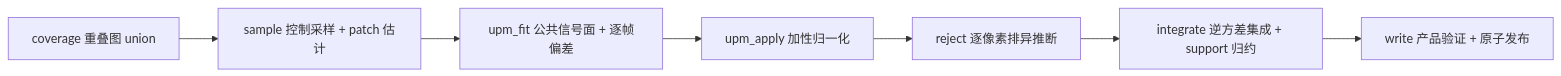
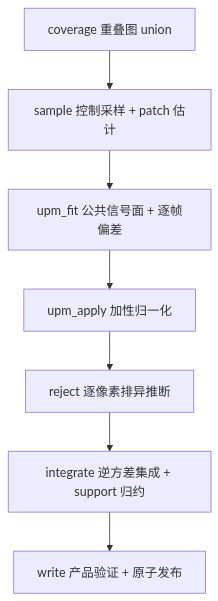
The third of 3 diagrams in docs/engineering/architecture/ARCHITECTURE.md (fujiaze/Astro-CS-Database), drawn with Mermaid before and after one commit. The commit also changed other lines of this file and 51 other files, not shown here.

First line of the commit message:
docs(normalize): finalize typed contracts, spherical precision and product schema

````diff
--- a/docs/engineering/architecture/ARCHITECTURE.md
+++ b/docs/engineering/architecture/ARCHITECTURE.md
@@ -87,9 +87,9 @@
 ```mermaid
-flowchart LR
+flowchart TD
  A["coverage 重叠图 union"] --> B["sample 控制采样 + patch 估计"]
  B --> C["upm_fit 公共信号面 + 逐帧偏差"]
  C --> D["upm_apply 加性归一化"]
  D --> E["reject 逐像素排异推断"]
  E --> F["integrate 逆方差集成 + support 归约"]
  F --> G["write 产品验证 + 原子发布"]
 ```
````
